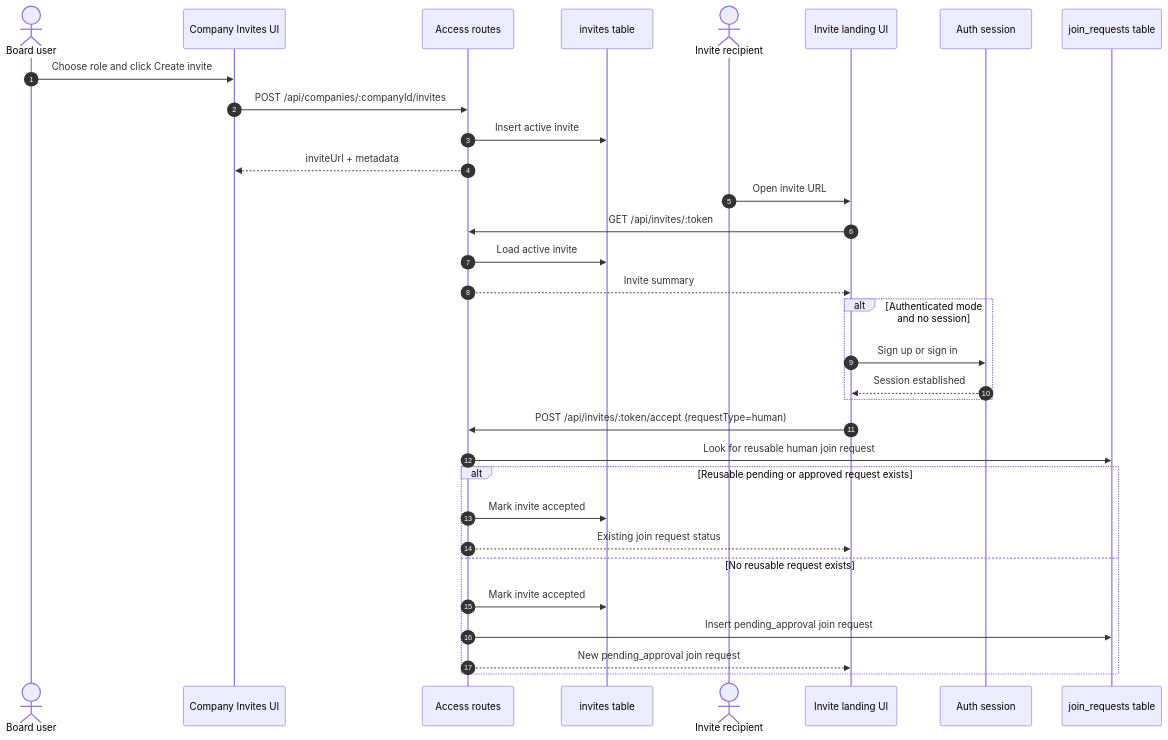
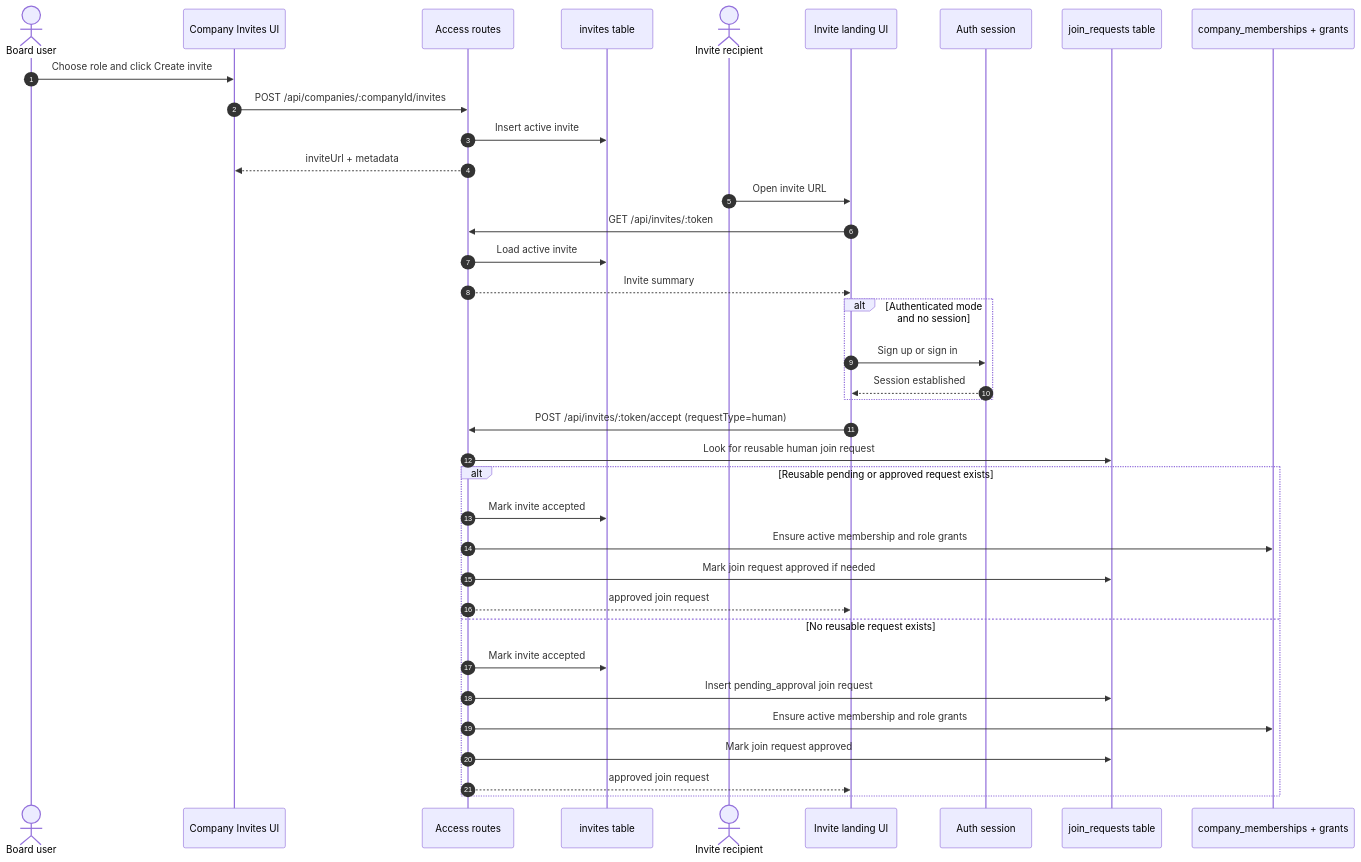
Before and after one commit to ValDola-stack/valadrien-os: the fourth of 6 diagrams in doc/spec/invite-flow.md, drawn with Mermaid. The commit also changed other lines of this file and 2160 other files, not shown here.

````diff
--- a/doc/spec/invite-flow.md
+++ b/doc/spec/invite-flow.md
@@ -169,38 +168,43 @@
 ```mermaid
 sequenceDiagram
   autonumber
   actor Board as Board user
   participant Settings as Company Invites UI
   participant API as Access routes
   participant Invites as invites table
   actor Invitee as Invite recipient
   participant Landing as Invite landing UI
   participant Auth as Auth session
   participant Join as join_requests table
+  participant Membership as company_memberships + grants
 
   Board->>Settings: Choose role and click Create invite
   Settings->>API: POST /api/companies/:companyId/invites
   API->>Invites: Insert active invite
   API-->>Settings: inviteUrl + metadata
 
   Invitee->>Landing: Open invite URL
   Landing->>API: GET /api/invites/:token
   API->>Invites: Load active invite
   API-->>Landing: Invite summary
 
   alt Authenticated mode and no session
     Landing->>Auth: Sign up or sign in
     Auth-->>Landing: Session established
   end
 
   Landing->>API: POST /api/invites/:token/accept (requestType=human)
   API->>Join: Look for reusable human join request
   alt Reusable pending or approved request exists
     API->>Invites: Mark invite accepted
-    API-->>Landing: Existing join request status
+    API->>Membership: Ensure active membership and role grants
+    API->>Join: Mark join request approved if needed
+    API-->>Landing: approved join request
   else No reusable request exists
     API->>Invites: Mark invite accepted
     API->>Join: Insert pending_approval join request
-    API-->>Landing: New pending_approval join request
+    API->>Membership: Ensure active membership and role grants
+    API->>Join: Mark join request approved
+    API-->>Landing: approved join request
   end
 ```
````
